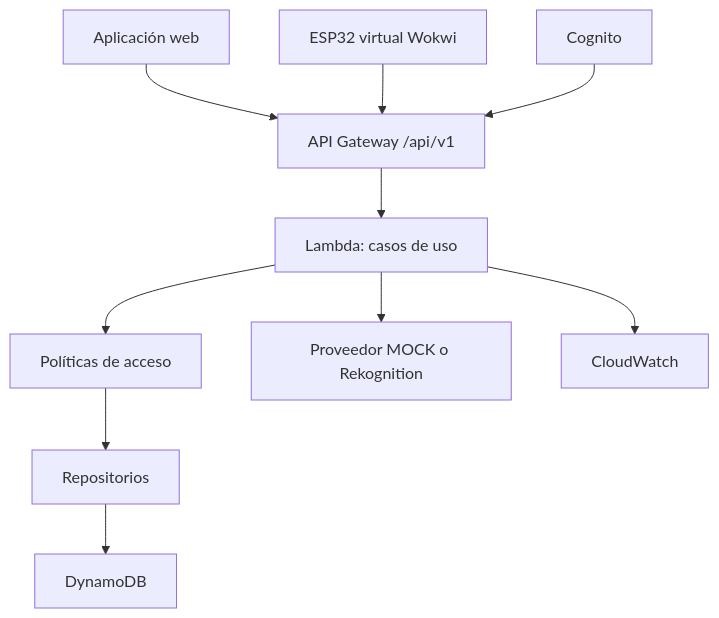
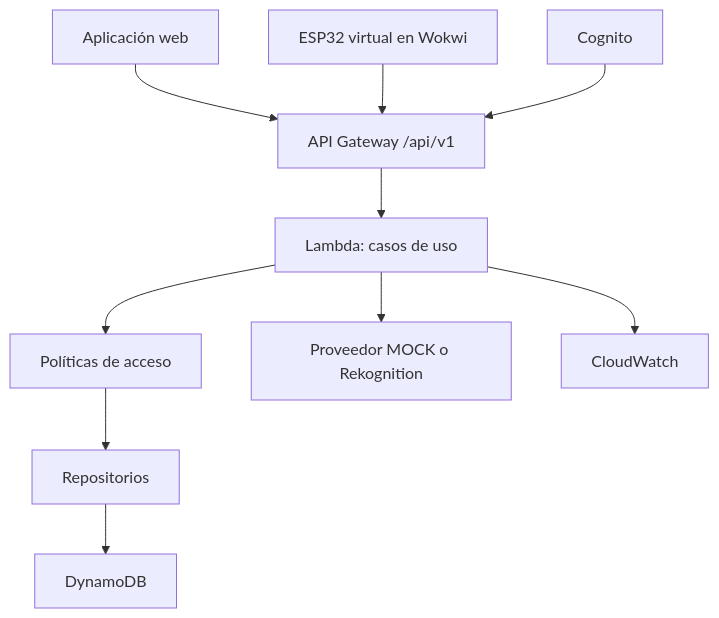
The diagram in docs/arquitectura.md (Aburahamu20/Project_You_shall_not_pass), drawn with Mermaid before and after one commit. The commit also changed other lines of this file, not shown here.

````diff
--- a/docs/arquitectura.md
+++ b/docs/arquitectura.md
@@ -7,12 +7,12 @@
 ```mermaid
 flowchart TD
     WEB["Aplicación web"] --> API["API Gateway /api/v1"]
-    WOK["ESP32 virtual Wokwi"] --> API
+    WOK["ESP32 virtual en Wokwi"] --> API
     API --> LAM["Lambda: casos de uso"]
     LAM --> POL["Políticas de acceso"]
     POL --> REP["Repositorios"]
     REP --> DB["DynamoDB"]
     LAM --> FAC["Proveedor MOCK o Rekognition"]
     COG["Cognito"] --> API
     LAM --> LOG["CloudWatch"]
 ```
````
